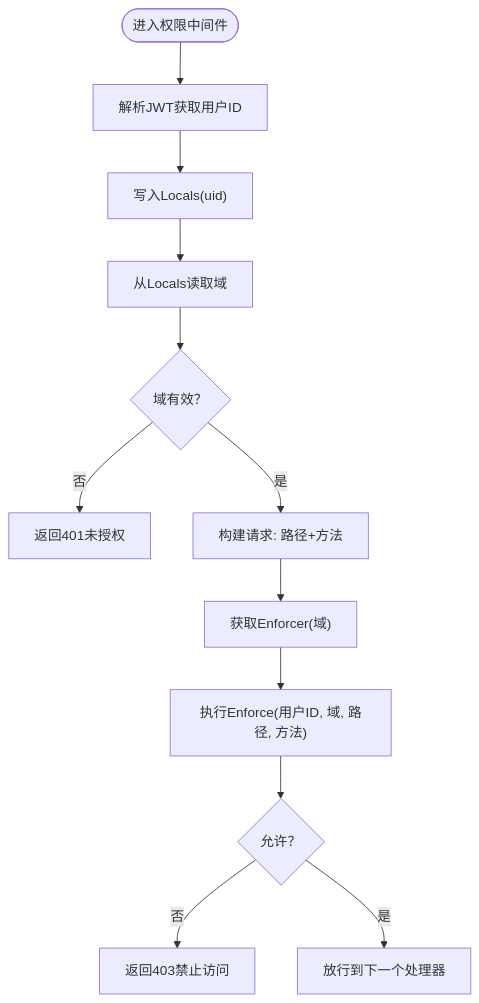
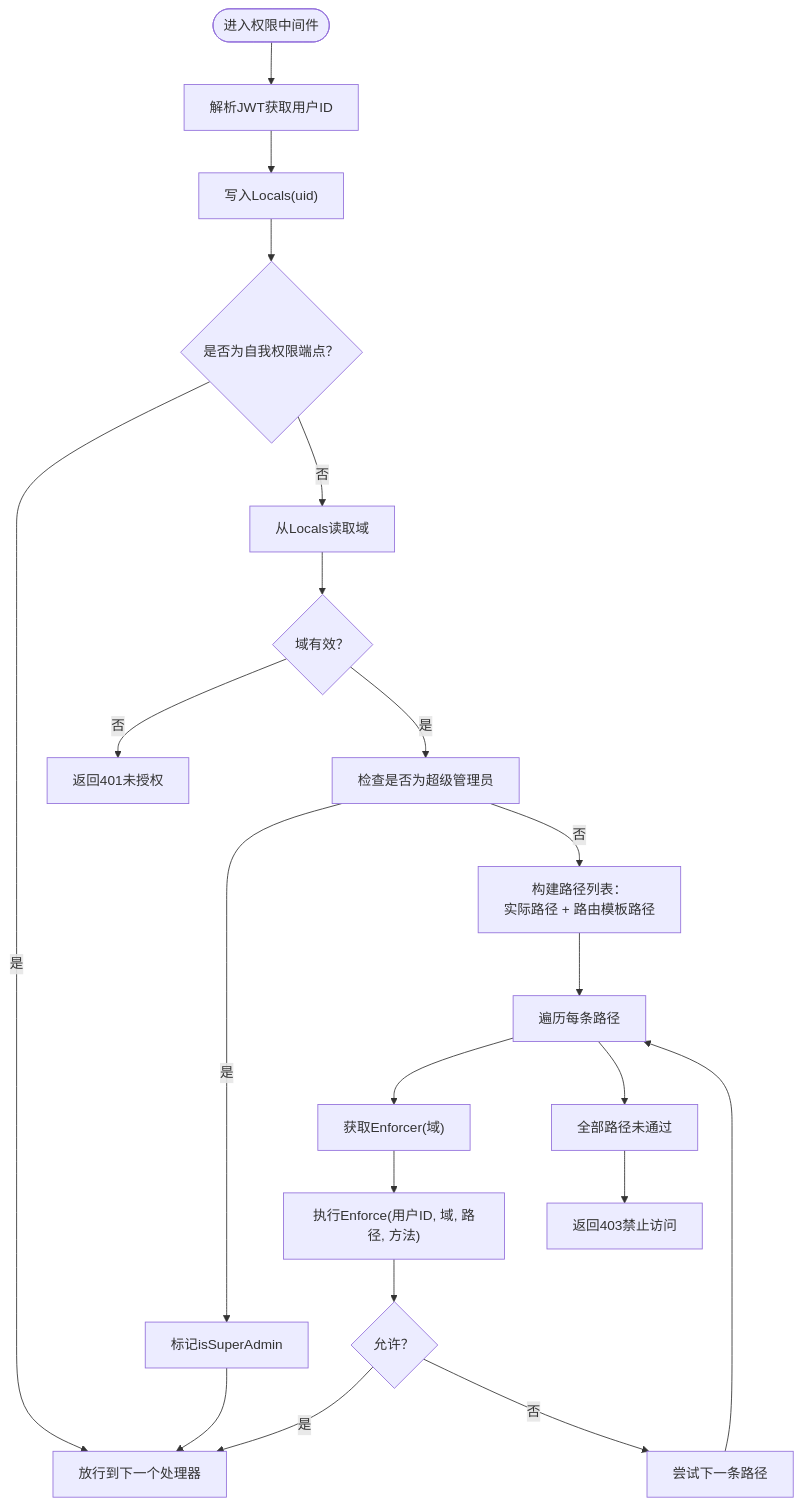
The third of 8 diagrams in .qoder/repowiki/zh/content/中间件系统/权限验证中间件.md (wuwuseo/e-sports-go-admin), drawn with Mermaid before and after one commit. The commit also changed other lines of this file and 42 other files, not shown here.

````diff
--- a/.qoder/repowiki/zh/content/中间件系统/权限验证中间件.md
+++ b/.qoder/repowiki/zh/content/中间件系统/权限验证中间件.md
@@ -166,14 +199,23 @@
 ```mermaid
 flowchart TD
 Start(["进入权限中间件"]) --> ParseJWT["解析JWT获取用户ID"]
 ParseJWT --> SetLocals["写入Locals(uid)"]
-SetLocals --> GetDomain["从Locals读取域"]
+SetLocals --> SelfPerm{"是否为自我权限端点？"}
+SelfPerm --> |是| Next["放行到下一个处理器"]
+SelfPerm --> |否| GetDomain["从Locals读取域"]
 GetDomain --> HasDomain{"域有效？"}
 HasDomain --> |否| Unauthorized["返回401未授权"]
-HasDomain --> |是| BuildReq["构建请求: 路径+方法"]
-BuildReq --> GetEnf["获取Enforcer(域)"]
+HasDomain --> |是| SuperAdmin["检查是否为超级管理员"]
+SuperAdmin --> |是| SetSuperAdmin["标记isSuperAdmin"]
+SetSuperAdmin --> Next
+SuperAdmin --> |否| BuildPaths["构建路径列表：<br/>实际路径 + 路由模板路径"]
+BuildPaths --> Loop["遍历每条路径"]
+Loop --> GetEnf["获取Enforcer(域)"]
 GetEnf --> Enforce["执行Enforce(用户ID, 域, 路径, 方法)"]
 Enforce --> Ok{"允许？"}
-Ok --> |否| Forbidden["返回403禁止访问"]
-Ok --> |是| Next["放行到下一个处理器"]
+Ok --> |是| Next
+Ok --> |否| NextPath["尝试下一条路径"]
+NextPath --> Loop
+Loop --> NoMatch["全部路径未通过"]
+NoMatch --> Forbidden["返回403禁止访问"]
 ```
````
